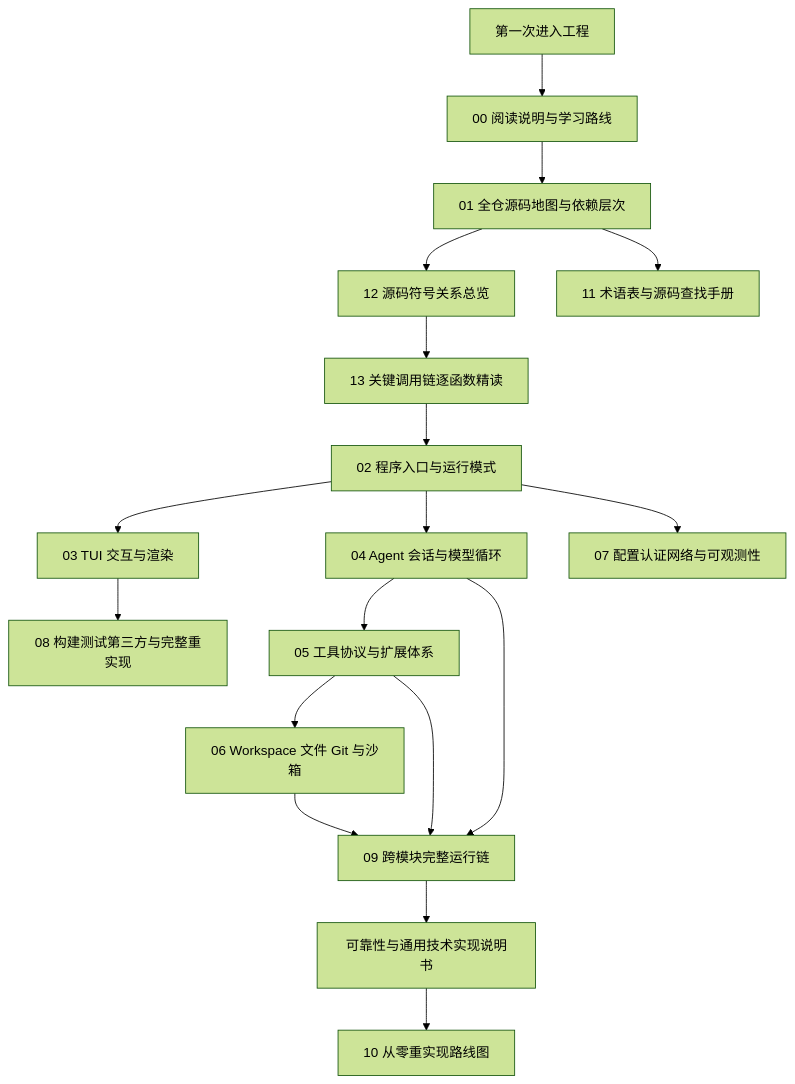
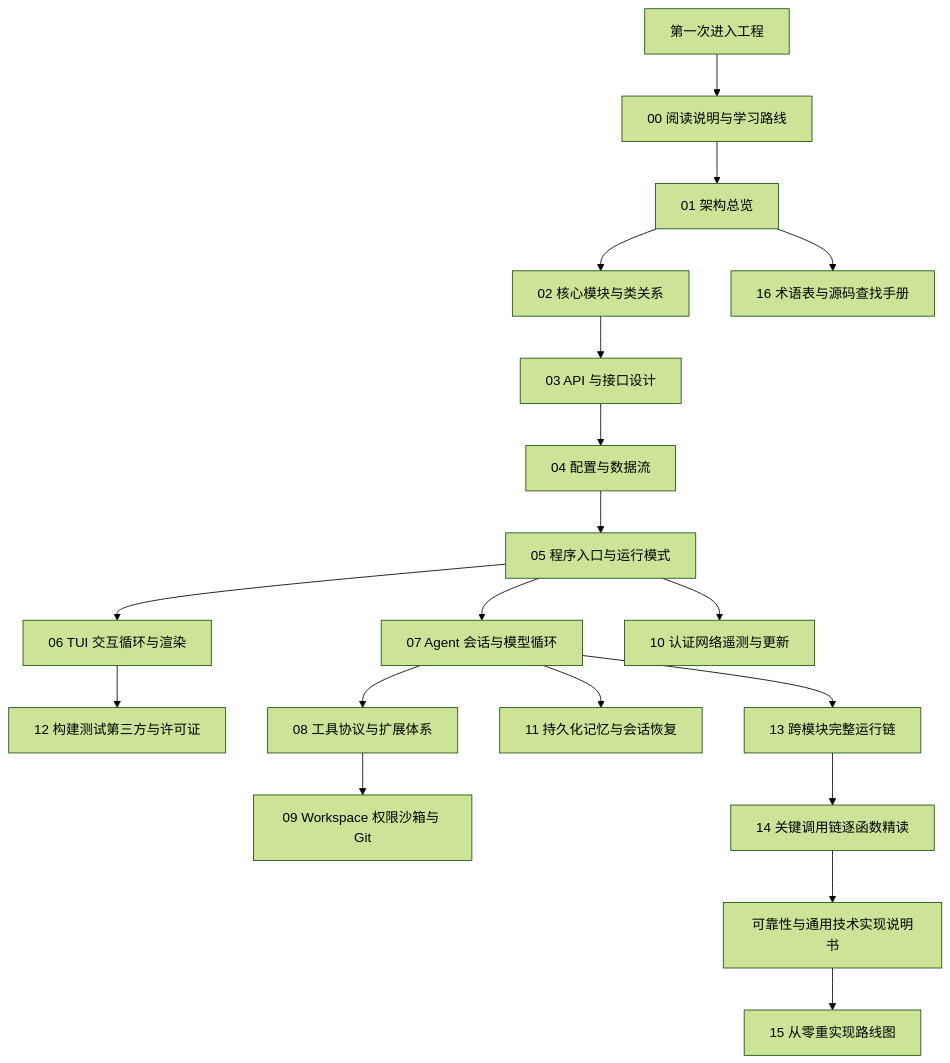
The first of 2 diagrams in docs/adrian/sourceReader/README.md (adrian9778/grok-build), drawn with Mermaid (forest theme) before and after one commit. The commit also changed other lines of this file and 41 other files, not shown here.

````diff
--- a/docs/adrian/sourceReader/README.md
+++ b/docs/adrian/sourceReader/README.md
@@ -19,20 +70,21 @@
 ```mermaid
 flowchart TD
     START["第一次进入工程"] --> GUIDE["00 阅读说明与学习路线"]
-    GUIDE --> MAP["01 全仓源码地图与依赖层次"]
-    MAP --> RELMAP["12 源码符号关系总览"]
-    RELMAP --> TRACE["13 关键调用链逐函数精读"]
-    TRACE --> ENTRY["02 程序入口与运行模式"]
-    ENTRY --> TUI["03 TUI 交互与渲染"]
-    ENTRY --> AGENT["04 Agent 会话与模型循环"]
-    AGENT --> TOOL["05 工具协议与扩展体系"]
-    TOOL --> WS["06 Workspace 文件 Git 与沙箱"]
-    ENTRY --> INFRA["07 配置认证网络与可观测性"]
-    TUI --> BUILD["08 构建测试第三方与完整重实现"]
-    AGENT --> RUN["09 跨模块完整运行链"]
-    TOOL --> RUN
-    WS --> RUN
-    RUN --> REL["可靠性与通用技术实现说明书"]
-    REL --> REBUILD["10 从零重实现路线图"]
-    MAP --> TERMS["11 术语表与源码查找手册"]
+    GUIDE --> ARCH["01 架构总览"]
+    ARCH --> REL["02 核心模块与类关系"]
+    REL --> API["03 API 与接口设计"]
+    API --> DATA["04 配置与数据流"]
+    DATA --> ENTRY["05 程序入口与运行模式"]
+    ENTRY --> TUI["06 TUI 交互循环与渲染"]
+    ENTRY --> AGENT["07 Agent 会话与模型循环"]
+    AGENT --> TOOL["08 工具协议与扩展体系"]
+    TOOL --> WS["09 Workspace 权限沙箱与 Git"]
+    ENTRY --> AUTH["10 认证网络遥测与更新"]
+    AGENT --> PERSIST["11 持久化记忆与会话恢复"]
+    TUI --> BUILD["12 构建测试第三方与许可证"]
+    AGENT --> RUN["13 跨模块完整运行链"]
+    RUN --> TRACE["14 关键调用链逐函数精读"]
+    TRACE --> RELIAB["可靠性与通用技术实现说明书"]
+    RELIAB --> REBUILD["15 从零重实现路线图"]
+    ARCH --> TERMS["16 术语表与源码查找手册"]
 ```
````
